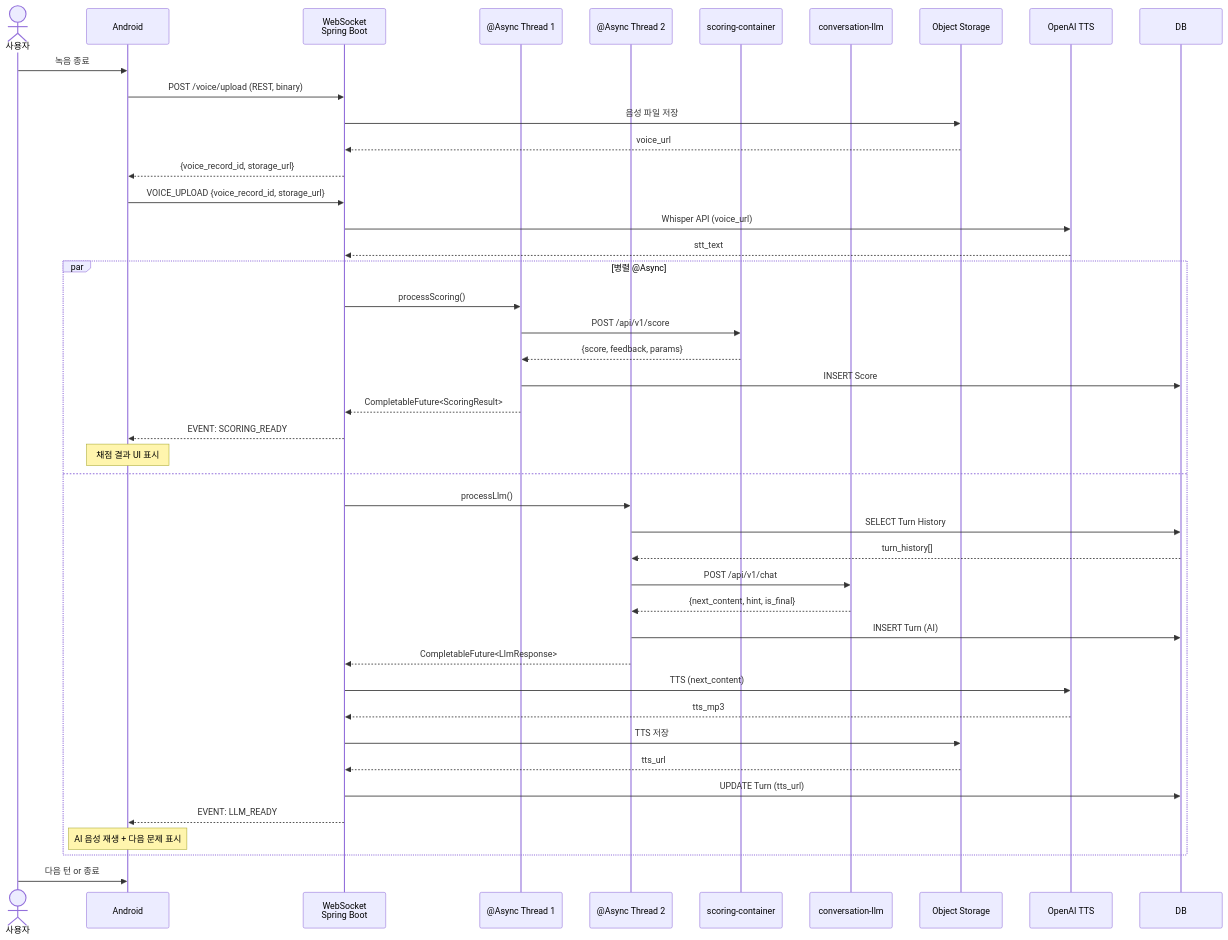
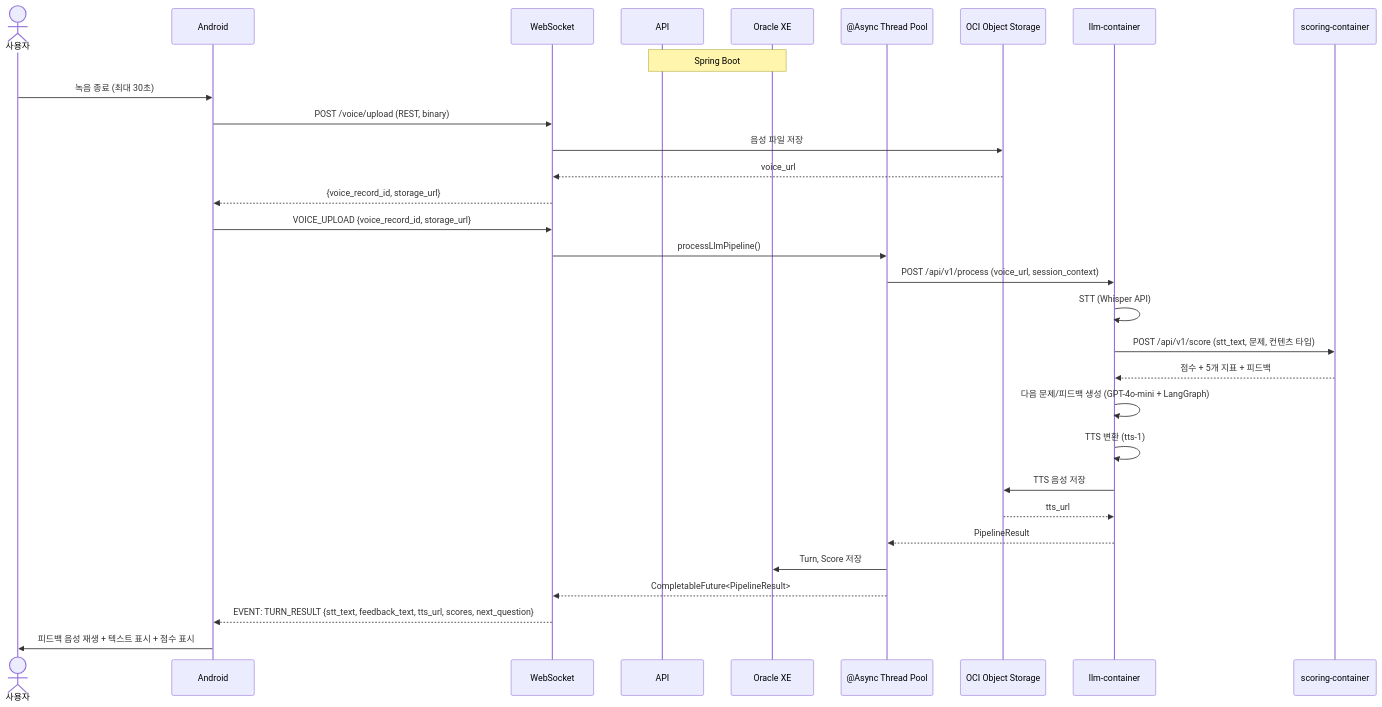
The fifth of 6 diagrams in 03_AI_Pipeline_Design.md (2026SeSAC-Oracle-Team2/Documentations), drawn with Mermaid before and after one commit. The commit also changed other lines of this file and 7 other files, not shown here.

````diff
--- a/03_AI_Pipeline_Design.md
+++ b/03_AI_Pipeline_Design.md
@@ -277,49 +443,34 @@
 ```mermaid
 sequenceDiagram
     actor U as 사용자
     participant A as Android
-    participant WS as WebSocket<br/>Spring Boot
-    participant T1 as @Async Thread 1
-    participant T2 as @Async Thread 2
+    participant WS as WebSocket
+Note over API,DB: Spring Boot
+    participant AS as @Async Thread Pool
+    participant O as OCI Object Storage
+    participant LLM as llm-container
     participant SC as scoring-container
-    participant LC as conversation-llm
-    participant O as Object Storage
-    participant OpenAI as OpenAI TTS
+    participant DB as Oracle XE
 
-    U->>A: 녹음 종료
+    U->>A: 녹음 종료 (최대 30초)
     A->>WS: POST /voice/upload (REST, binary)
     WS->>O: 음성 파일 저장
     O-->>WS: voice_url
     WS-->>A: {voice_record_id, storage_url}
     A->>WS: VOICE_UPLOAD {voice_record_id, storage_url}
 
-    WS->>OpenAI: Whisper API (voice_url)
-    OpenAI-->>WS: stt_text
-
-    par 병렬 @Async
-        WS->>T1: processScoring()
-        T1->>SC: POST /api/v1/score
-        SC-->>T1: {score, feedback, params}
-        T1->>DB: INSERT Score
-        T1-->>WS: CompletableFuture<ScoringResult>
-        WS-->>A: EVENT: SCORING_READY
-        Note over A: 채점 결과 UI 표시
-    and
-        WS->>T2: processLlm()
-        T2->>DB: SELECT Turn History
-        DB-->>T2: turn_history[]
-        T2->>LC: POST /api/v1/chat
-        LC-->>T2: {next_content, hint, is_final}
-        T2->>DB: INSERT Turn (AI)
-        T2-->>WS: CompletableFuture<LlmResponse>
-        WS->>OpenAI: TTS (next_content)
-        OpenAI-->>WS: tts_mp3
-        WS->>O: TTS 저장
-        O-->>WS: tts_url
-        WS->>DB: UPDATE Turn (tts_url)
-        WS-->>A: EVENT: LLM_READY
-        Note over A: AI 음성 재생 + 다음 문제 표시
-    end
-
-    U->>A: 다음 턴 or 종료
+    WS->>AS: processLlmPipeline()
+    AS->>LLM: POST /api/v1/process (voice_url, session_context)
+    LLM->>LLM: STT (Whisper API)
+    LLM->>SC: POST /api/v1/score (stt_text, 문제, 컨텐츠 타입)
+    SC-->>LLM: 점수 + 5개 지표 + 피드백
+    LLM->>LLM: 다음 문제/피드백 생성 (GPT-4o-mini + LangGraph)
+    LLM->>LLM: TTS 변환 (tts-1)
+    LLM->>O: TTS 음성 저장
+    O-->>LLM: tts_url
+    LLM-->>AS: PipelineResult
+    AS->>DB: Turn, Score 저장
+    AS-->>WS: CompletableFuture<PipelineResult>
+    WS-->>A: EVENT: TURN_RESULT {stt_text, feedback_text, tts_url, scores, next_question}
+    A->>U: 피드백 음성 재생 + 텍스트 표시 + 점수 표시
 ```
````
